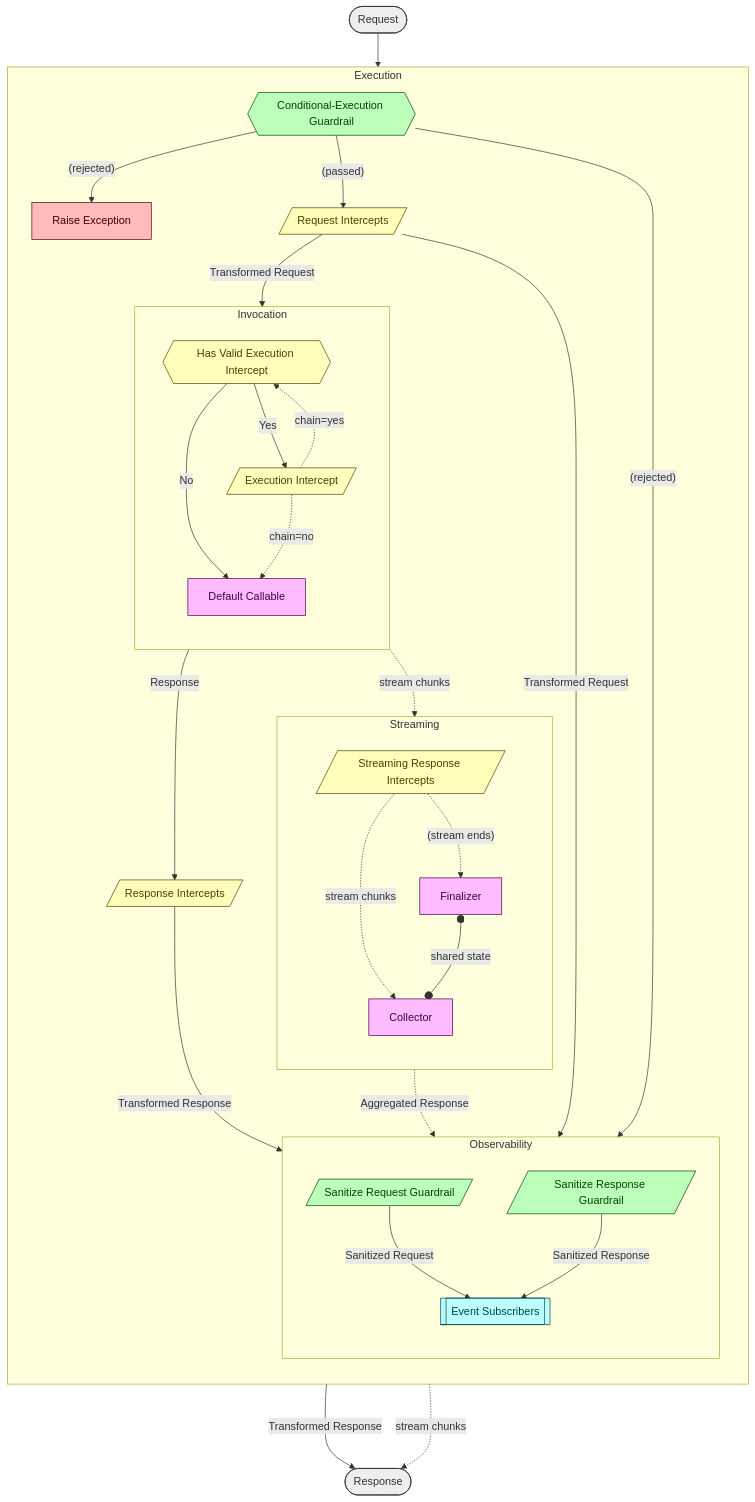
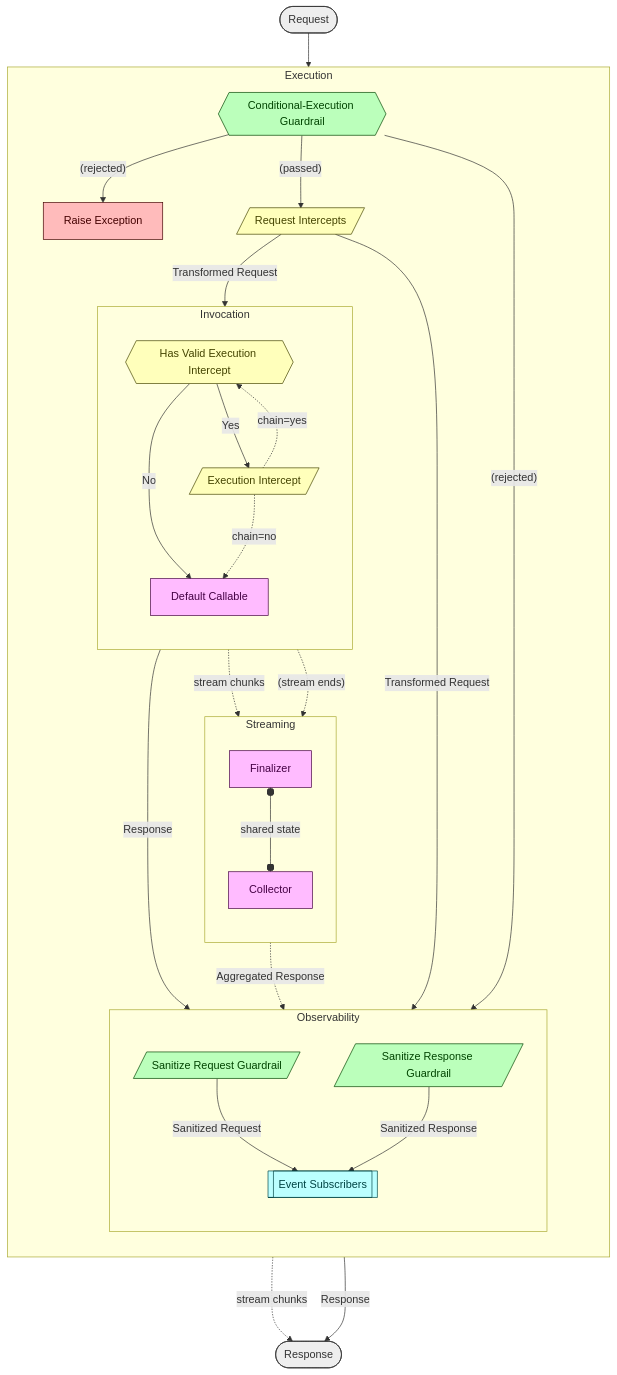
One commit to NVIDIA/NeMo-Relay changed the diagram in README.md. Above: the diagram before and after it, drawn with Mermaid. The commit also changed other lines of this file and 30 other files, not shown here.

Commit message:
Remove Response Intercepts

````diff
--- a/README.md
+++ b/README.md
@@ -108,80 +108,72 @@
 ```mermaid
 flowchart TB
     Request([Request])
 
     subgraph Execution
         direction TB
         ConditionalExecutionGuardrails{{Conditional-Execution Guardrail}}
         RequestIntercepts[/Request Intercepts/]
         RaiseException[Raise Exception]
         subgraph Invocation
             direction TB
             HasExecutionIntercept{{Has Valid Execution Intercept}}
             ExecutionIntercepts[/Execution Intercept/]
             DefaultCallable[Default Callable]
         end
 
         subgraph Streaming
             direction TB
-            StreamingResponseIntercepts[/Streaming Response Intercepts/]
             Finalizer[Finalizer]
             Collector[Collector]
         end
-
-        ResponseIntercepts[/Response Intercepts/]
 
         subgraph Observability
             direction TB
             SanitizeRequestGuardrails[/Sanitize Request Guardrail/]
             SanitizeResponseGuardrails[/Sanitize Response Guardrail/]
             EventSubscribers[["Event Subscribers"]]
         end
     end
 
     Response([Response])
-
 
     Request --> ConditionalExecutionGuardrails
     RequestIntercepts -->|Transformed Request| SanitizeRequestGuardrails & Invocation
     ConditionalExecutionGuardrails -->|"(rejected)"| EventSubscribers
     ConditionalExecutionGuardrails -->|"(rejected)"| RaiseException
     ConditionalExecutionGuardrails -->|"(passed)" | RequestIntercepts
 
     HasExecutionIntercept -->|No| DefaultCallable
     HasExecutionIntercept -->|Yes| ExecutionIntercepts
     ExecutionIntercepts -.->|chain=yes| HasExecutionIntercept
     ExecutionIntercepts -.->|chain=no| DefaultCallable
 
-    Invocation -->|Response| ResponseIntercepts
-    ResponseIntercepts -->|Transformed Response| SanitizeResponseGuardrails
-    ResponseIntercepts -->|Transformed Response| Response
+    Invocation -->|Response| SanitizeResponseGuardrails
+    Invocation -->|Response| Response
 
-    Invocation -.->|stream chunks| StreamingResponseIntercepts
-    StreamingResponseIntercepts -.->|"(stream ends)"| Finalizer
-    StreamingResponseIntercepts -.->|stream chunks| Collector
+    Invocation -.->|stream chunks| Collector
     Collector -..->|stream chunks| Response
+    Invocation -.->|"(stream ends)"| Finalizer
     Finalizer -.->|Aggregated Response| SanitizeResponseGuardrails
     Finalizer o--o|shared state| Collector
 
 
     SanitizeRequestGuardrails -->|Sanitized Request| EventSubscribers
     SanitizeResponseGuardrails -->|Sanitized Response| EventSubscribers
 
 
 
     style Request fill:#eee,stroke:#333,color:#333
     style Response fill:#eee,stroke:#333,color:#333
     style EventSubscribers fill:#bff,stroke:#044,color:#044
     style RequestIntercepts fill:#ffb,stroke:#440,color:#440
     style HasExecutionIntercept fill:#ffb,stroke:#440,color:#440
-    style ResponseIntercepts fill:#ffb,stroke:#440,color:#440
-    style StreamingResponseIntercepts fill:#ffb,stroke:#440,color:#440
     style ExecutionIntercepts fill:#ffb,stroke:#440,color:#440
     style ConditionalExecutionGuardrails fill:#bfb,stroke:#040,color:#040
     style SanitizeRequestGuardrails fill:#bfb,stroke:#040,color:#040
     style SanitizeResponseGuardrails fill:#bfb,stroke:#040,color:#040
     style RaiseException fill:#fbb,stroke:#400,color:#400
     style DefaultCallable fill:#fbf,stroke:#404,color:#404
     style Collector fill:#fbf,stroke:#404,color:#404
     style Finalizer fill:#fbf,stroke:#404,color:#404
 ```
````
